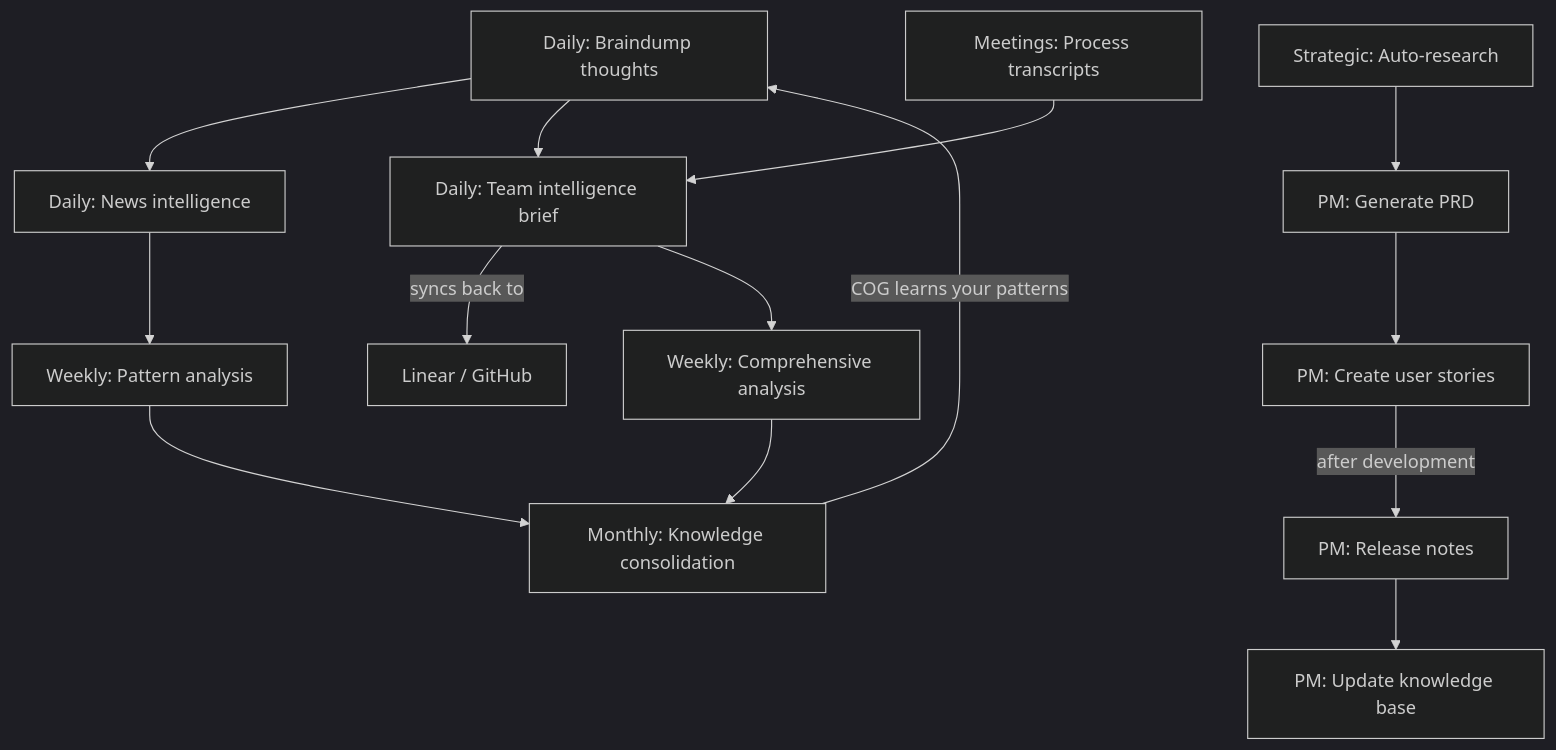
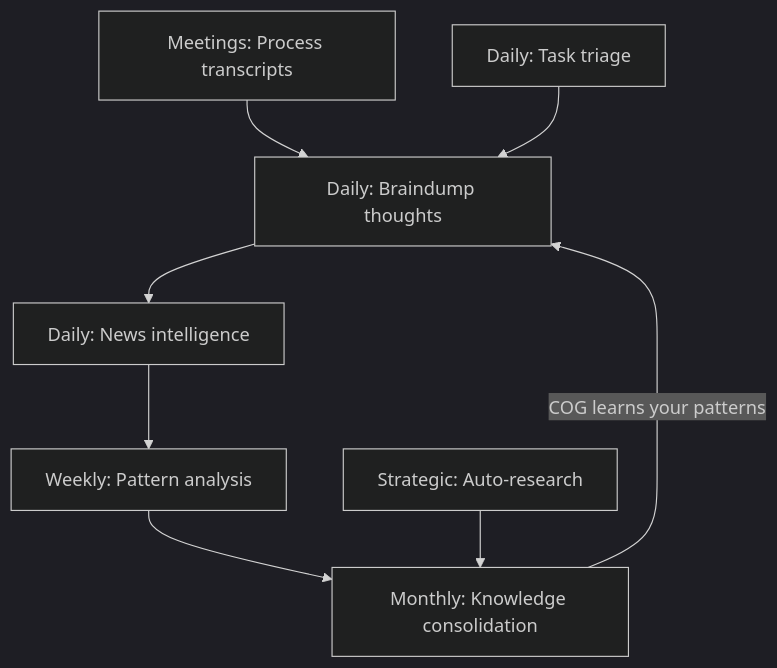
One commit to gius/COG-second-brain changed the second of 2 diagrams in README.md. Above: the diagram before and after it, drawn with Mermaid (dark theme). The commit also changed other lines of this file and 67 other files, not shown here.

````diff
--- a/README.md
+++ b/README.md
@@ -91,16 +70,10 @@
 ```mermaid
 graph TD
     A[Daily: Braindump thoughts] --> B[Daily: News intelligence]
-    A --> T[Daily: Team intelligence brief]
-    M[Meetings: Process transcripts] --> T
-    T -- syncs back to --> L[Linear / GitHub]
+    M[Meetings: Process transcripts] --> A
     B --> C[Weekly: Pattern analysis]
-    T --> CA[Weekly: Comprehensive analysis]
     C --> D[Monthly: Knowledge consolidation]
-    CA --> D
     D -- COG learns your patterns --> A
-    R[Strategic: Auto-research] --> P[PM: Generate PRD]
-    P --> S[PM: Create user stories]
-    S -- after development --> RN[PM: Release notes]
-    RN --> KB[PM: Update knowledge base]
+    R[Strategic: Auto-research] --> D
+    TT[Daily: Task triage] --> A
 ```
````
